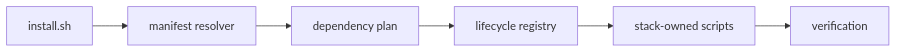
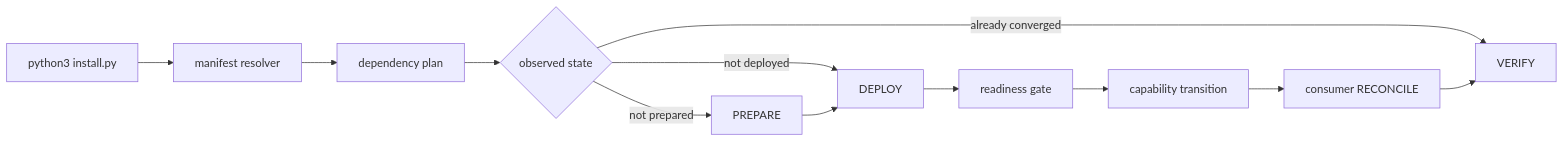
Before and after one commit to ea1het/local_hybrid_ai: the second of 6 diagrams in README.md, drawn with Mermaid. The commit also changed other lines of this file, not shown here.

Commit message:
docs: close installer v1 and document readiness model

````diff
--- a/README.md
+++ b/README.md
@@ -42,8 +44,14 @@
 ```mermaid
 flowchart LR
-    CLI[install.sh] --> R[manifest resolver]
+    CLI[python3 install.py] --> R[manifest resolver]
     R --> P[dependency plan]
-    P --> L[lifecycle registry]
-    L --> S[stack-owned scripts]
-    S --> V[verification]
+    P --> S{observed state}
+    S -->|not prepared| PREP[PREPARE]
+    S -->|not deployed| DEP[DEPLOY]
+    PREP --> DEP
+    DEP --> READY[readiness gate]
+    READY --> CAP[capability transition]
+    CAP --> REC[consumer RECONCILE]
+    S -->|already converged| VER[VERIFY]
+    REC --> VER
 ```
````
